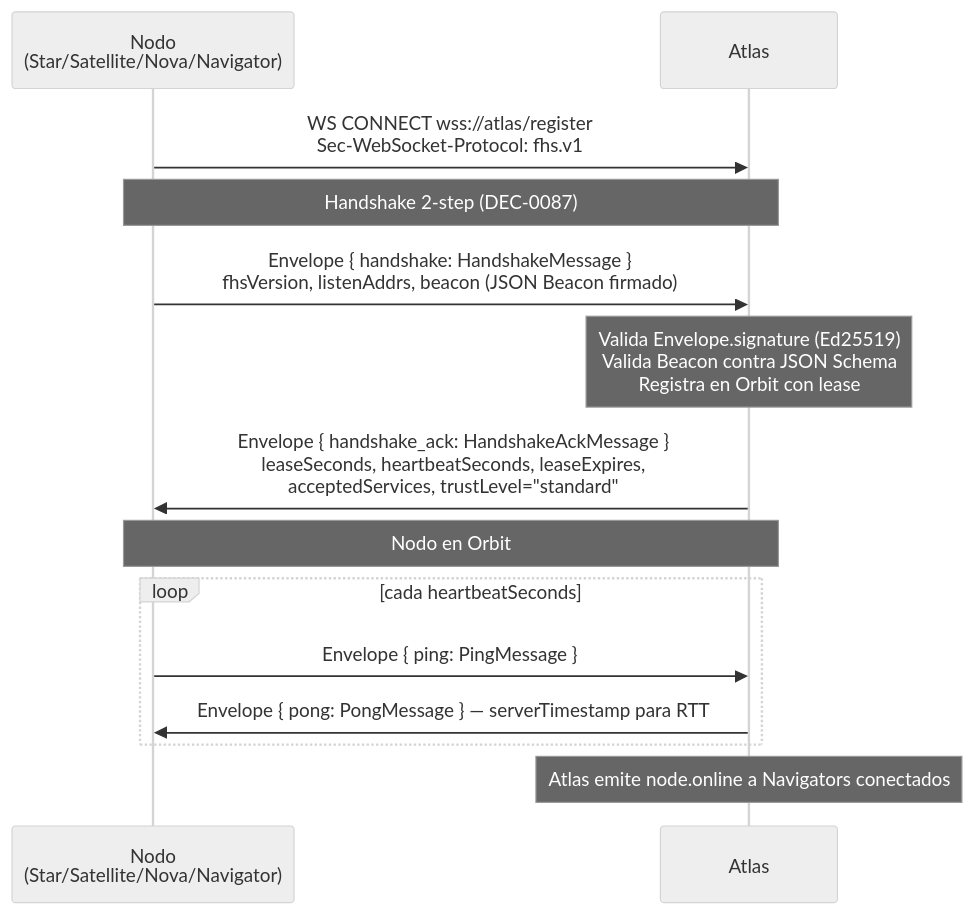
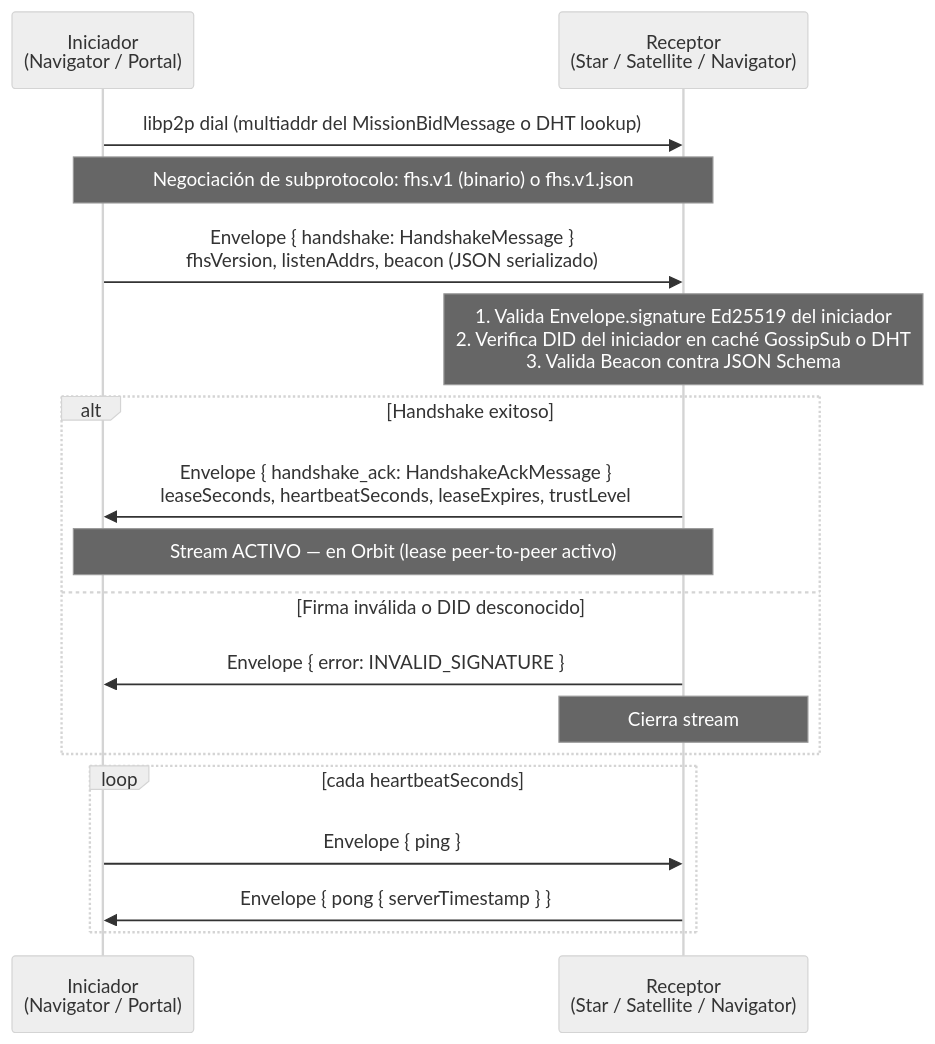
The first of 3 diagrams in protocol/handshake.md (rafex/galaxIA), drawn with Mermaid (neutral theme) before and after one commit. The commit also changed other lines of this file and 3 other files, not shown here.

First line of the commit message:
docs(protocol): actualizar flujos y docs de confianza al modelo P2P libp2p

````diff
--- a/protocol/handshake.md
+++ b/protocol/handshake.md
@@ -9,24 +15,25 @@
 ```mermaid
 sequenceDiagram
-    participant N as Nodo<br/>(Star/Satellite/Nova/Navigator)
-    participant A as Atlas
+    participant I as Iniciador<br/>(Navigator / Portal)
+    participant R as Receptor<br/>(Star / Satellite / Navigator)
 
-    N->>A: WS CONNECT wss://atlas/register<br/>Sec-WebSocket-Protocol: fhs.v1
+    I->>R: libp2p dial (multiaddr del MissionBidMessage o DHT lookup)
+    note over I,R: Negociación de subprotocolo: fhs.v1 (binario) o fhs.v1.json
 
-    note over N,A: Handshake 2-step (DEC-0087)
+    I->>R: Envelope { handshake: HandshakeMessage }<br/>fhsVersion, listenAddrs, beacon (JSON serializado)
 
-    N->>A: Envelope { handshake: HandshakeMessage }<br/>fhsVersion, listenAddrs, beacon (JSON Beacon firmado)
+    note over R: 1. Valida Envelope.signature Ed25519 del iniciador<br/>2. Verifica DID del iniciador en caché GossipSub o DHT<br/>3. Valida Beacon contra JSON Schema
 
-    note over A: Valida Envelope.signature (Ed25519)<br/>Valida Beacon contra JSON Schema<br/>Registra en Orbit con lease
-
-    A->>N: Envelope { handshake_ack: HandshakeAckMessage }<br/>leaseSeconds, heartbeatSeconds, leaseExpires,<br/>acceptedServices, trustLevel="standard"
-
-    note over N,A: Nodo en Orbit
+    alt Handshake exitoso
+        R->>I: Envelope { handshake_ack: HandshakeAckMessage }<br/>leaseSeconds, heartbeatSeconds, leaseExpires, trustLevel
+        note over I,R: Stream ACTIVO — en Orbit (lease peer-to-peer activo)
+    else Firma inválida o DID desconocido
+        R->>I: Envelope { error: INVALID_SIGNATURE }
+        note over R: Cierra stream
+    end
 
     loop cada heartbeatSeconds
-        N->>A: Envelope { ping: PingMessage }
-        A->>N: Envelope { pong: PongMessage } — serverTimestamp para RTT
+        I->>R: Envelope { ping }
+        R->>I: Envelope { pong { serverTimestamp } }
     end
-
-    note over A: Atlas emite node.online a Navigators conectados
 ```
````
